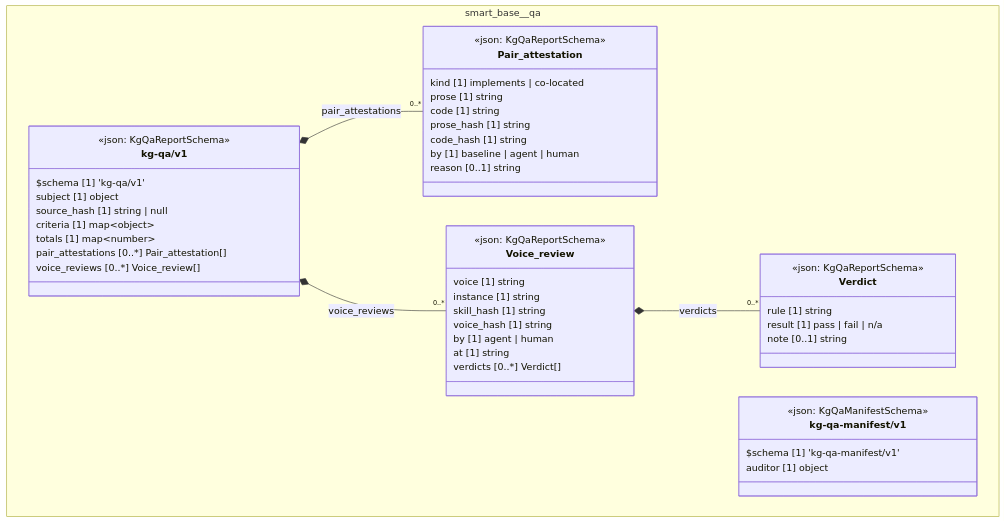
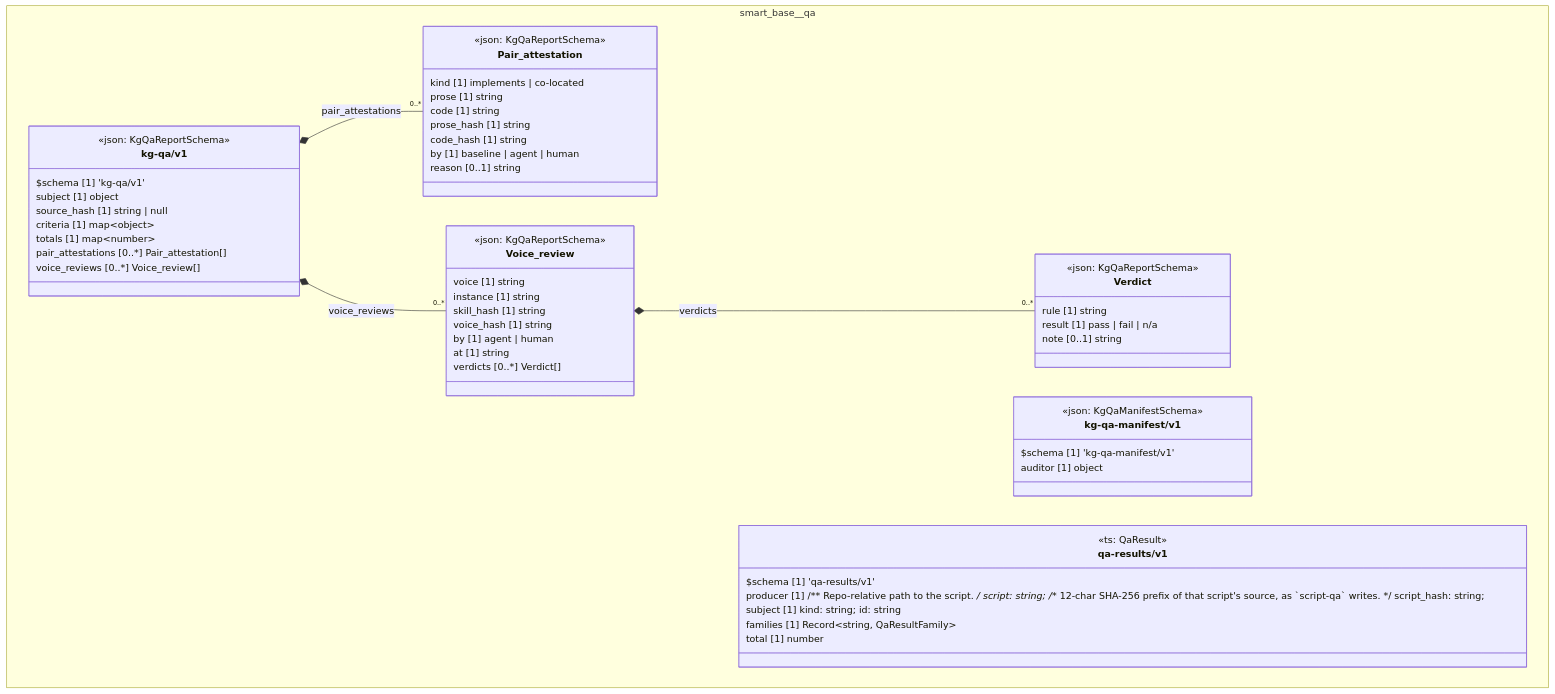
Before and after one commit to litlfred/folio-assistant: the diagram in cat-harness/uml/overview/smart-base/qa.mmd, drawn with Mermaid. The commit also changed 30 other files, not shown here.

```diff
--- a/cat-harness/uml/overview/smart-base/qa.mmd
+++ b/cat-harness/uml/overview/smart-base/qa.mmd
@@ -1,53 +1,62 @@
 classDiagram
   direction TB
   namespace smart_base__qa {
     class smart_base_qa_kg_qa_v1_Pair_attestation["Pair_attestation"] {
       <<json: KgQaReportSchema>>
       kind [1] implements | co-located
       prose [1] string
       code [1] string
       prose_hash [1] string
       code_hash [1] string
       by [1] baseline | agent | human
       reason [0..1] string
     }
     class smart_base_qa_kg_qa_v1_Verdict["Verdict"] {
       <<json: KgQaReportSchema>>
       rule [1] string
       result [1] pass | fail | n/a
       note [0..1] string
     }
     class smart_base_qa_kg_qa_v1_Voice_review["Voice_review"] {
       <<json: KgQaReportSchema>>
       voice [1] string
       instance [1] string
       skill_hash [1] string
       voice_hash [1] string
       by [1] agent | human
       at [1] string
       verdicts [0..*] Verdict[]
     }
     class smart_base_qa_kg_qa_v1_kg_qa_v1["kg-qa/v1"] {
       <<json: KgQaReportSchema>>
       $schema [1] 'kg-qa/v1'
       subject [1] object
       source_hash [1] string | null
       criteria [1] map~object~
       totals [1] map~number~
       pair_attestations [0..*] Pair_attestation[]
       voice_reviews [0..*] Voice_review[]
     }
     class smart_base_qa_kg_qa_manifest_v1_kg_qa_manifest_v1["kg-qa-manifest/v1"] {
       <<json: KgQaManifestSchema>>
       $schema [1] 'kg-qa-manifest/v1'
       auditor [1] object
     }
+    class smart_base_qa_qa_results_v1["qa-results/v1"] {
+      <<ts: QaResult>>
+      $schema [1] 'qa-results/v1'
+      producer [1]  /** Repo-relative path to the script. */ script: string; /** 12-char SHA-256 prefix of that script's source, as `script-qa` writes. */ script_hash: string; 
+      subject [1]  kind: string; id: string 
+      families [1] Record~string, QaResultFamily~
+      total [1] number
+    }
   }
   smart_base_qa_kg_qa_v1_kg_qa_v1 *-- "0..*" smart_base_qa_kg_qa_v1_Pair_attestation : pair_attestations
   smart_base_qa_kg_qa_v1_Voice_review *-- "0..*" smart_base_qa_kg_qa_v1_Verdict : verdicts
   smart_base_qa_kg_qa_v1_kg_qa_v1 *-- "0..*" smart_base_qa_kg_qa_v1_Voice_review : voice_reviews
   cssClass "smart_base_qa_kg_qa_v1_Pair_attestation" fa_uml_kind_qa
   cssClass "smart_base_qa_kg_qa_v1_Verdict" fa_uml_kind_qa
   cssClass "smart_base_qa_kg_qa_v1_Voice_review" fa_uml_kind_qa
   cssClass "smart_base_qa_kg_qa_v1_kg_qa_v1" fa_uml_kind_qa
   cssClass "smart_base_qa_kg_qa_manifest_v1_kg_qa_manifest_v1" fa_uml_kind_qa
+  cssClass "smart_base_qa_qa_results_v1" fa_uml_kind_qa
```
